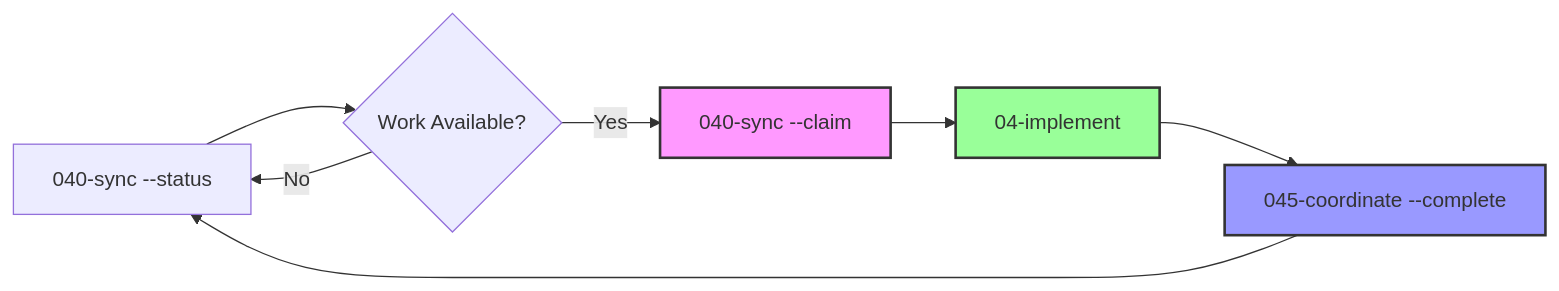
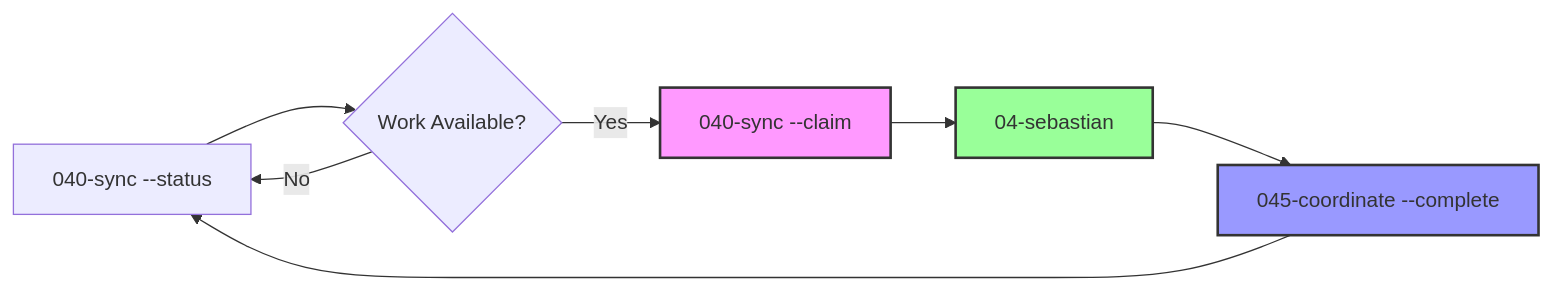
Before and after one commit to benpchandler/nexus: the second of 2 diagrams in commands/README.md, drawn with Mermaid. The commit also changed other lines of this file and 16 other files, not shown here.

````diff
--- a/commands/README.md
+++ b/commands/README.md
@@ -291,13 +291,13 @@
 ```mermaid
 graph LR
     A[040-sync --status] --> B{Work Available?}
     B -->|Yes| C[040-sync --claim]
     B -->|No| A
-    C --> D[04-implement]
+    C --> D[04-sebastian]
     D --> E[045-coordinate --complete]
     E --> A
     
     style C fill:#f9f,stroke:#333,stroke-width:2px
     style D fill:#9f9,stroke:#333,stroke-width:2px
     style E fill:#99f,stroke:#333,stroke-width:2px
 ```
````
